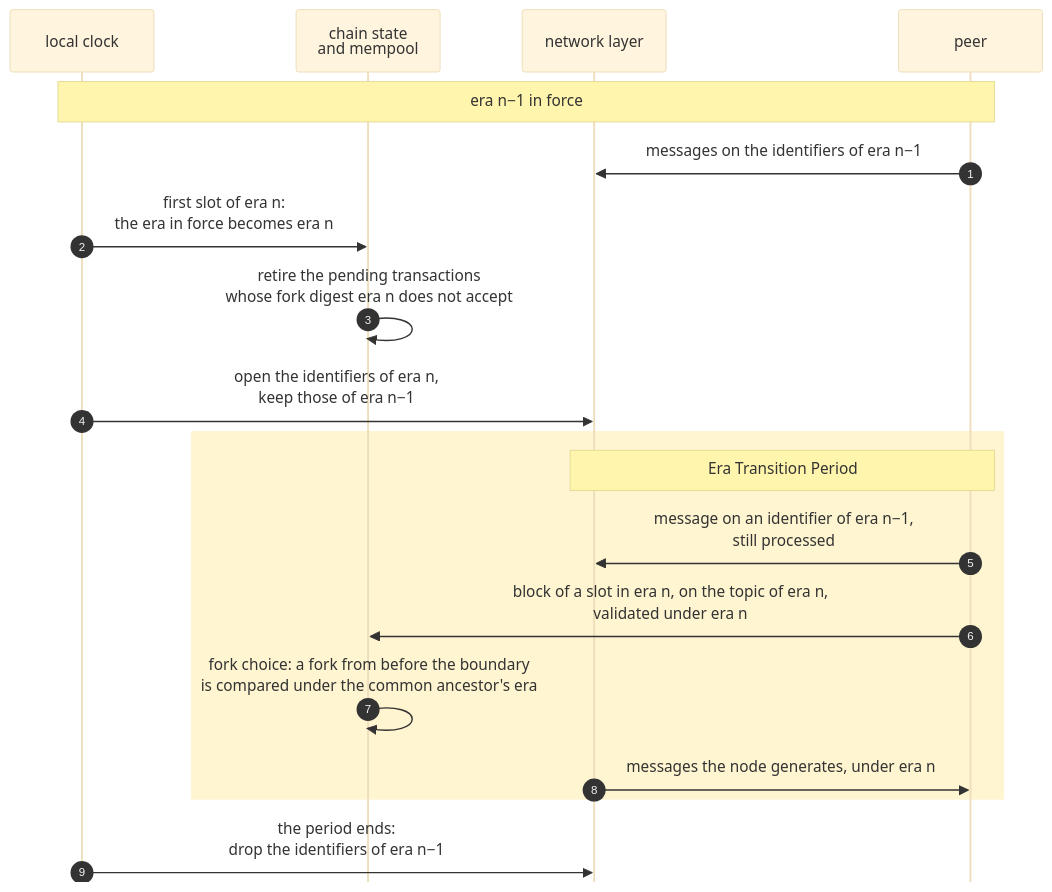
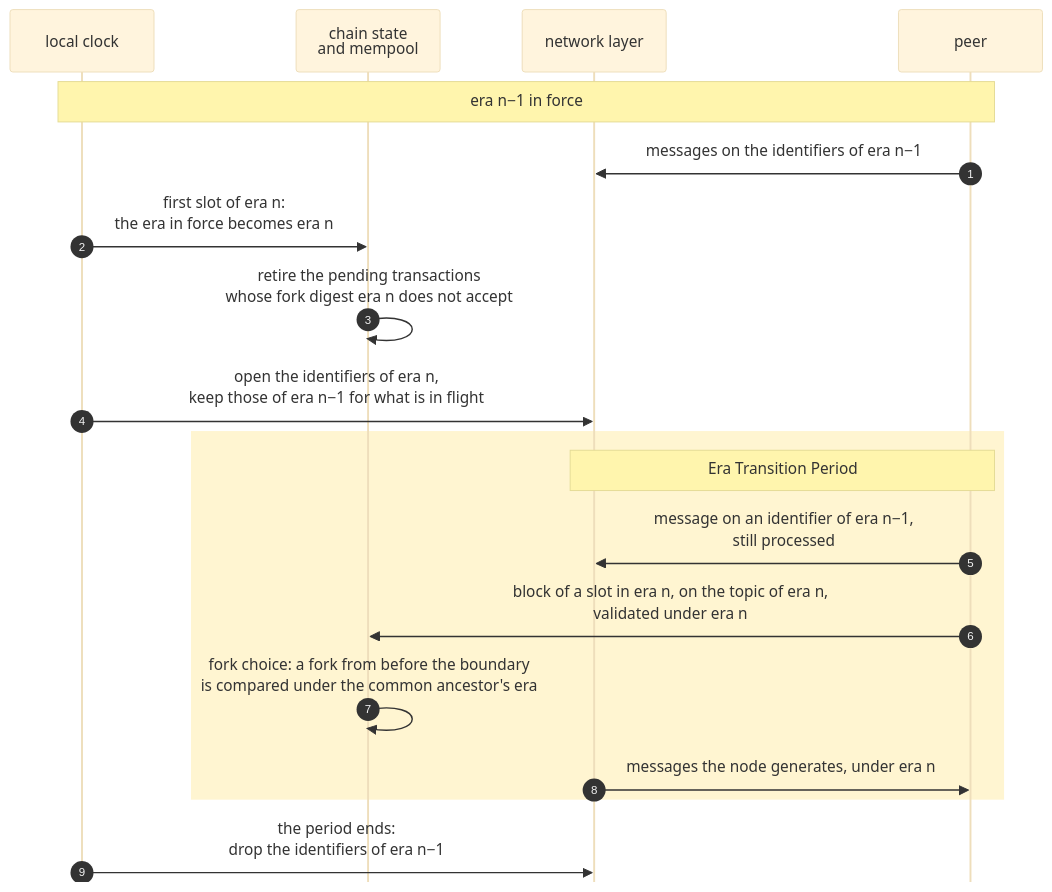
The seventh of 7 diagrams in docs/blockchain/raw/bedrock-eras.md (logos-co/logos-lips), drawn with Mermaid (base theme) before and after one commit. The commit also changed other lines of this file, not shown here.

Commit message:
docs(blockchain): keep the previous era's identifiers only for what is in flight

````diff
--- a/docs/blockchain/raw/bedrock-eras.md
+++ b/docs/blockchain/raw/bedrock-eras.md
@@ -280,26 +281,26 @@
 ```mermaid
 ---
 config:
   sequence:
     mirrorActors: false
 ---
 sequenceDiagram
     autonumber
     participant C as local clock
     participant S as chain state<br/>and mempool
     participant N as network layer
     participant P as peer
     Note over C,P: era n−1 in force
     P->>N: messages on the identifiers of era n−1
     C->>S: first slot of era n:<br/>the era in force becomes era n
     S->>S: retire the pending transactions<br/>whose fork digest era n does not accept
-    C->>N: open the identifiers of era n,<br/>keep those of era n−1
+    C->>N: open the identifiers of era n,<br/>keep those of era n−1 for what is in flight
     rect rgba(255, 200, 0, 0.18)
         Note over N,P: Era Transition Period
         P->>N: message on an identifier of era n−1,<br/>still processed
         P->>S: block of a slot in era n, on the topic of era n,<br/>validated under era n
         S->>S: fork choice: a fork from before the boundary<br/>is compared under the common ancestor's era
         N->>P: messages the node generates, under era n
     end
     C->>N: the period ends:<br/>drop the identifiers of era n−1
 ```
````
